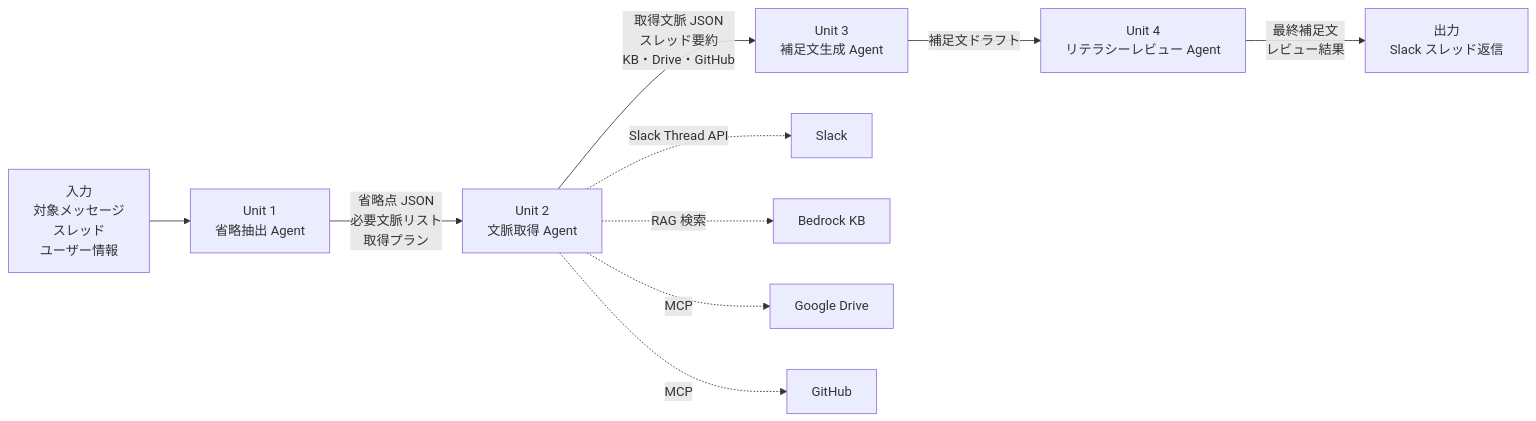
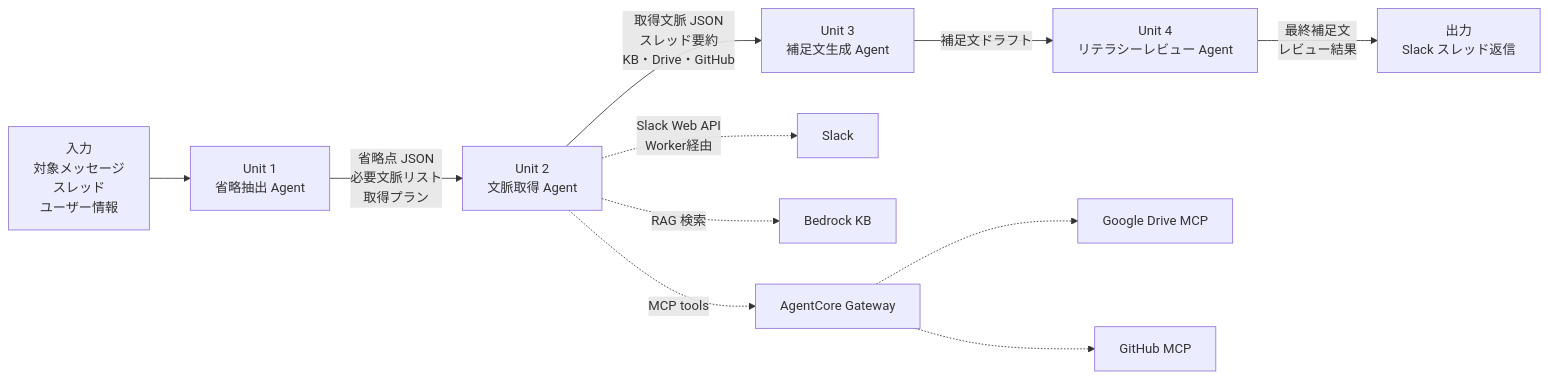
Before and after one commit to taku-arsenal/context-butler: the diagram in docs/04_unit_breakdown.md, drawn with Mermaid. The commit also changed 3 other files, not shown here.

Commit message:
Revise MCP architecture diagram

````diff
--- a/docs/04_unit_breakdown.md
+++ b/docs/04_unit_breakdown.md
@@ -382,19 +382,20 @@
 ```mermaid
 flowchart LR
   INPUT[入力\n対象メッセージ\nスレッド\nユーザー情報] --> A1
 
   A1[Unit 1\n省略抽出 Agent] -->|省略点 JSON\n必要文脈リスト\n取得プラン| A2
 
   A2[Unit 2\n文脈取得 Agent] -->|取得文脈 JSON\nスレッド要約\nKB・Drive・GitHub| A3
 
   A3[Unit 3\n補足文生成 Agent] -->|補足文ドラフト| A4
 
   A4[Unit 4\nリテラシーレビュー Agent] -->|最終補足文\nレビュー結果| OUTPUT
 
   OUTPUT[出力\nSlack スレッド返信]
 
-  A2 -.->|Slack Thread API| SLACK[Slack]
+  A2 -.->|Slack Web API\nWorker経由| SLACK[Slack]
   A2 -.->|RAG 検索| KB[Bedrock KB]
-  A2 -.->|MCP| DRIVE[Google Drive]
-  A2 -.->|MCP| GITHUB[GitHub]
+  A2 -.->|MCP tools| MCPGW[AgentCore Gateway]
+  MCPGW -.-> DRIVE[Google Drive MCP]
+  MCPGW -.-> GITHUB[GitHub MCP]
 ```
````
